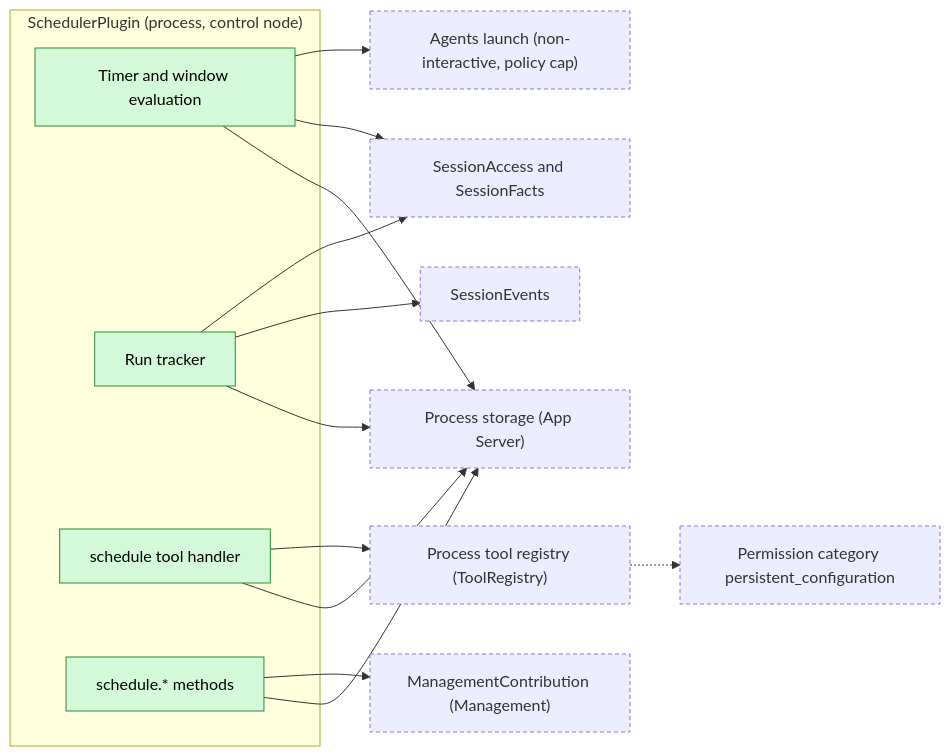
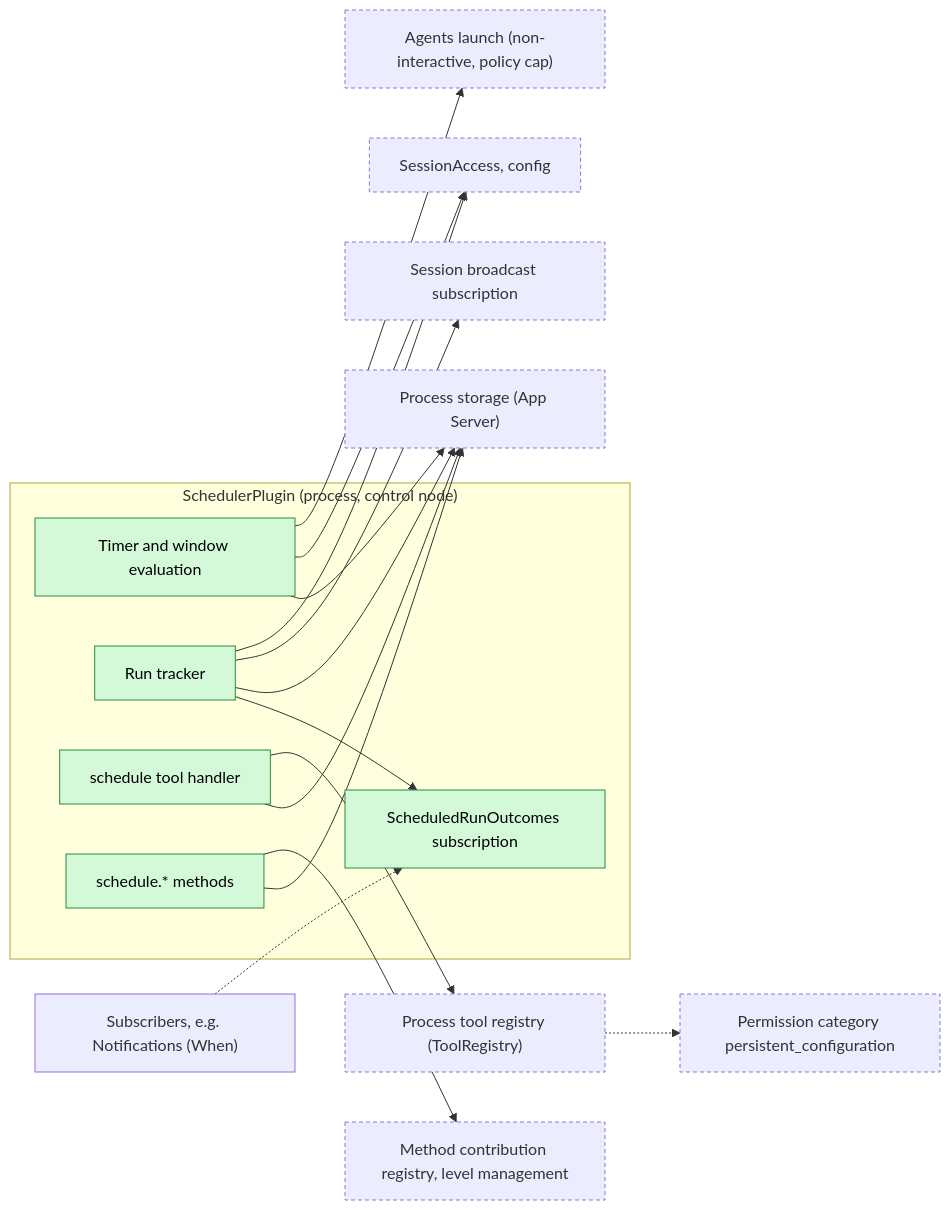
The first of 6 diagrams in docs/design/plugins/Scheduler.md (CoutinhoTTS/dim-agent), drawn with Mermaid before and after one commit. The commit also changed other lines of this file and 3 other files, not shown here.

Commit message:
docs(design): simplify SessionTitle, Notifications, Hooks and Scheduler designs

````diff
--- a/docs/design/plugins/Scheduler.md
+++ b/docs/design/plugins/Scheduler.md
@@ -9,31 +9,35 @@
 ```mermaid
 flowchart LR
   subgraph Sched["SchedulerPlugin (process, control node)"]
     Timer["Timer and window evaluation"]
     Runs["Run tracker"]
     Tool["schedule tool handler"]
     Mgmt["schedule.* methods"]
+    Out["ScheduledRunOutcomes subscription"]
   end
   ToolReg["Process tool registry (ToolRegistry)"]
-  MgmtReg["ManagementContribution (Management)"]
+  MgmtReg["Method contribution registry, level management"]
   Launch["Agents launch (non-interactive, policy cap)"]
-  Access["SessionAccess and SessionFacts"]
-  Events["SessionEvents"]
+  Access["SessionAccess, config"]
+  Events["Session broadcast subscription"]
+  Subs["Subscribers, e.g. Notifications (When)"]
   Store["Process storage (App Server)"]
   Perm["Permission category persistent_configuration"]
   Tool --> ToolReg
   Mgmt --> MgmtReg
   Timer --> Launch
   Timer --> Access
   Runs --> Access
   Runs --> Events
   Timer --> Store
   Runs --> Store
   Tool --> Store
   Mgmt --> Store
+  Runs --> Out
+  Subs -.-> Out
   ToolReg -.-> Perm
   classDef new fill:#d3f9d8,stroke:#2b8a3e,color:#000
   classDef contract stroke-dasharray:4 3
-  class Timer,Runs,Tool,Mgmt new
+  class Timer,Runs,Tool,Mgmt,Out new
   class ToolReg,MgmtReg,Launch,Access,Events,Store,Perm contract
 ```
````
